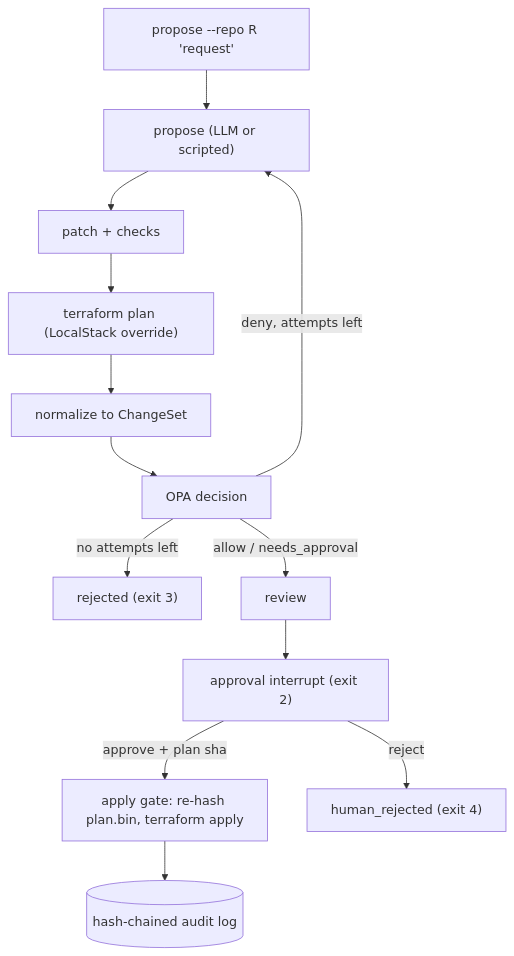
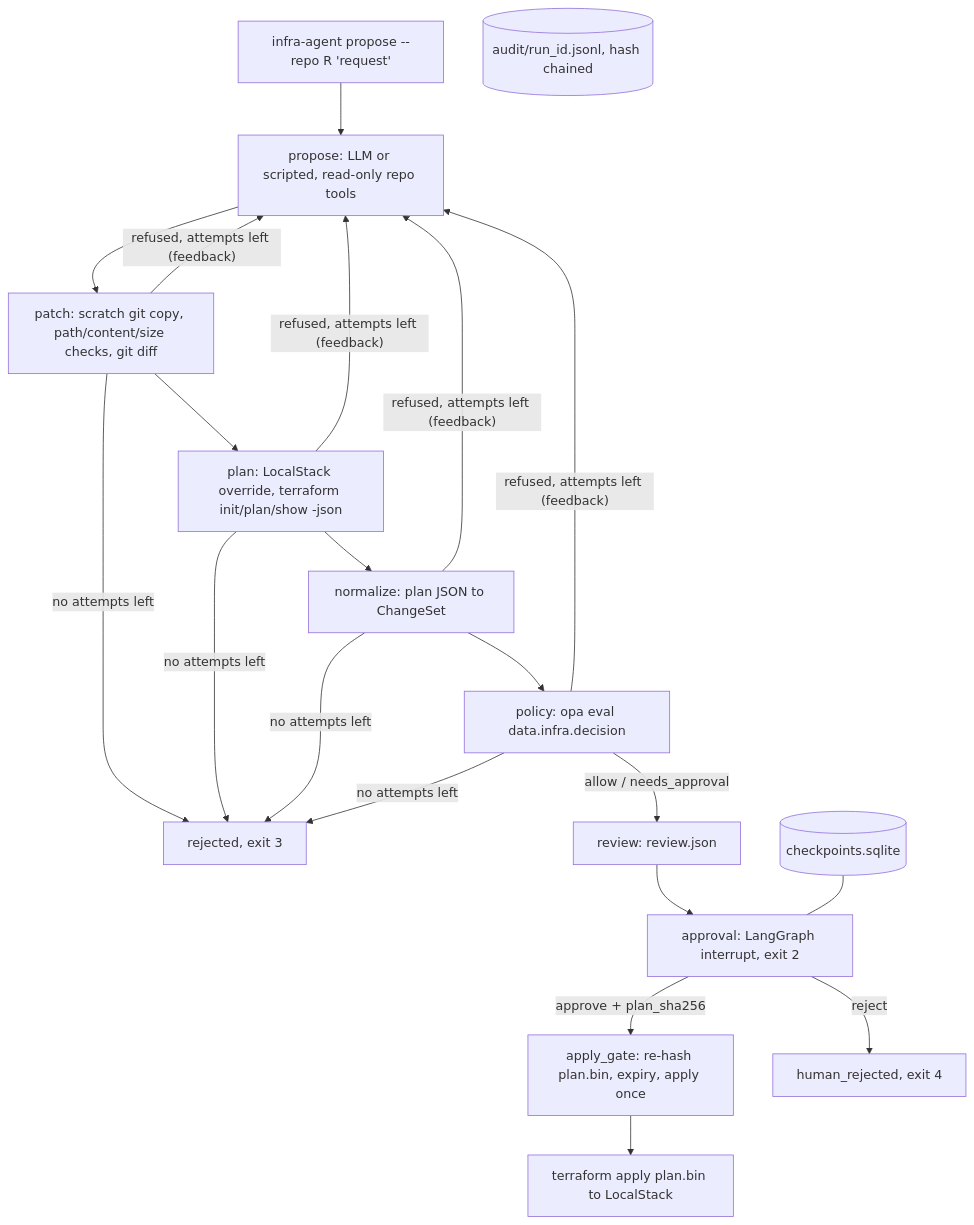
The diagram in docs/DEVDOCS.md (sathwikbairaboina2/infra-agent), drawn with Mermaid before and after one commit. The commit also changed other lines of this file and 6 other files, not shown here.

````diff
--- a/docs/DEVDOCS.md
+++ b/docs/DEVDOCS.md
@@ -24,15 +56,17 @@
 ```mermaid
 flowchart TD
-    REQ["propose --repo R 'request'"] --> P["propose (LLM or scripted)"]
-    P --> PA["patch + checks"]
-    PA --> PL["terraform plan (LocalStack override)"]
-    PL --> N["normalize to ChangeSet"]
-    N --> OPA["OPA decision"]
-    OPA -- "deny, attempts left" --> P
-    OPA -- "no attempts left" --> REJ["rejected (exit 3)"]
-    OPA -- "allow / needs_approval" --> RV["review"]
-    RV --> AP["approval interrupt (exit 2)"]
-    AP -- "approve + plan sha" --> G["apply gate: re-hash plan.bin, terraform apply"]
-    AP -- "reject" --> HR["human_rejected (exit 4)"]
-    G --> AUD[("hash-chained audit log")]
+    REQ["infra-agent propose --repo R 'request'"] --> P["propose: LLM or scripted, read-only repo tools"]
+    P --> PA["patch: scratch git copy, path/content/size checks, git diff"]
+    PA --> PL["plan: LocalStack override, terraform init/plan/show -json"]
+    PL --> N["normalize: plan JSON to ChangeSet"]
+    N --> OPA["policy: opa eval data.infra.decision"]
+    PA & PL & N & OPA -- "refused, attempts left (feedback)" --> P
+    PA & PL & N & OPA -- "no attempts left" --> REJ["rejected, exit 3"]
+    OPA -- "allow / needs_approval" --> RV["review: review.json"]
+    RV --> AP["approval: LangGraph interrupt, exit 2"]
+    AP -- "approve + plan_sha256" --> G["apply_gate: re-hash plan.bin, expiry, apply once"]
+    AP -- "reject" --> HR["human_rejected, exit 4"]
+    G --> TF["terraform apply plan.bin to LocalStack"]
+    CK[("checkpoints.sqlite")] --- AP
+    AUD[("audit/run_id.jsonl, hash chained")]
 ```
````
